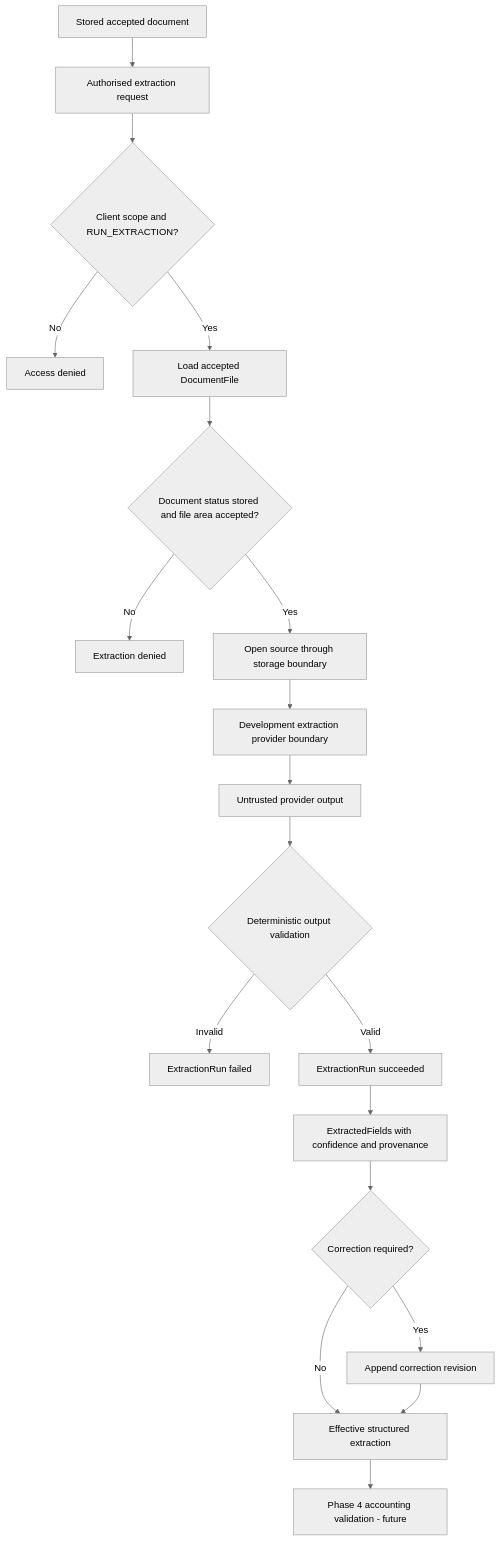
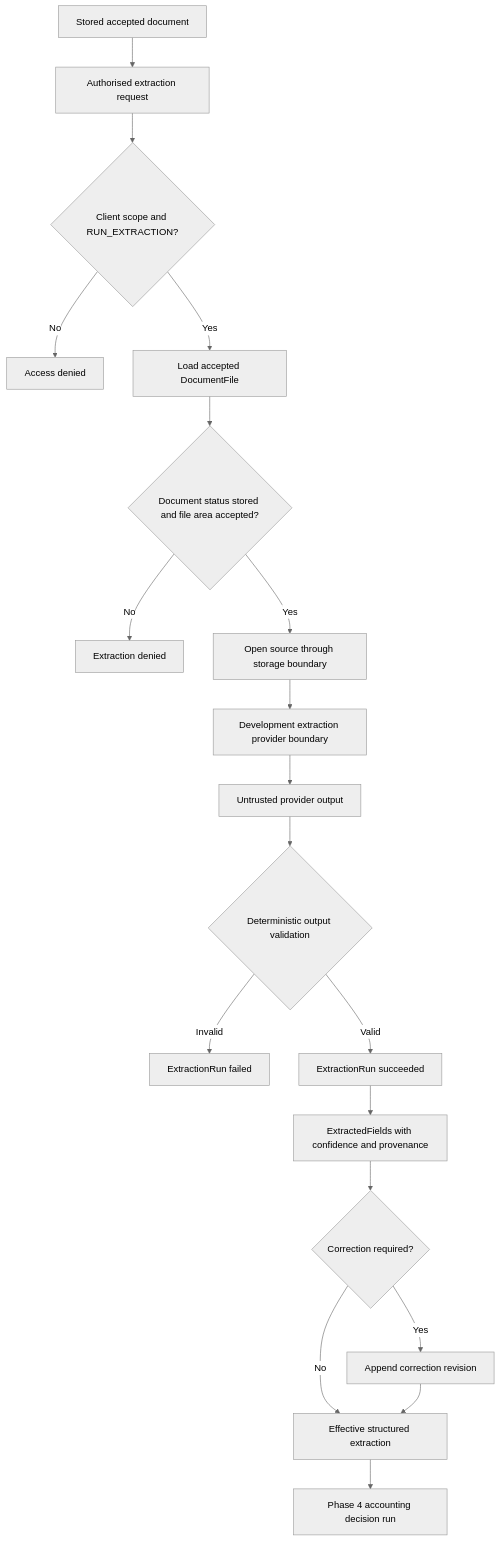
Before and after one commit to Linardi1328/ledgerpilot-ai: the second of 6 diagrams in docs/WORKFLOWS.md, drawn with Mermaid (neutral theme). The commit also changed other lines of this file and 42 other files, not shown here.

Commit message:
Implement Phase 4 accounting decision engine

````diff
--- a/docs/WORKFLOWS.md
+++ b/docs/WORKFLOWS.md
@@ -33,21 +33,21 @@
 ```mermaid
 flowchart TD
     A[Stored accepted document] --> B[Authorised extraction request]
     B --> C{Client scope and RUN_EXTRACTION?}
     C -->|No| D[Access denied]
     C -->|Yes| E[Load accepted DocumentFile]
     E --> F{Document status stored and file area accepted?}
     F -->|No| G[Extraction denied]
     F -->|Yes| H[Open source through storage boundary]
     H --> I[Development extraction provider boundary]
     I --> J[Untrusted provider output]
     J --> K{Deterministic output validation}
     K -->|Invalid| L[ExtractionRun failed]
     K -->|Valid| M[ExtractionRun succeeded]
     M --> N[ExtractedFields with confidence and provenance]
     N --> O{Correction required?}
     O -->|Yes| P[Append correction revision]
     O -->|No| Q[Effective structured extraction]
     P --> Q
-    Q --> R[Phase 4 accounting validation - future]
+    Q --> R[Phase 4 accounting decision run]
 ```
````
